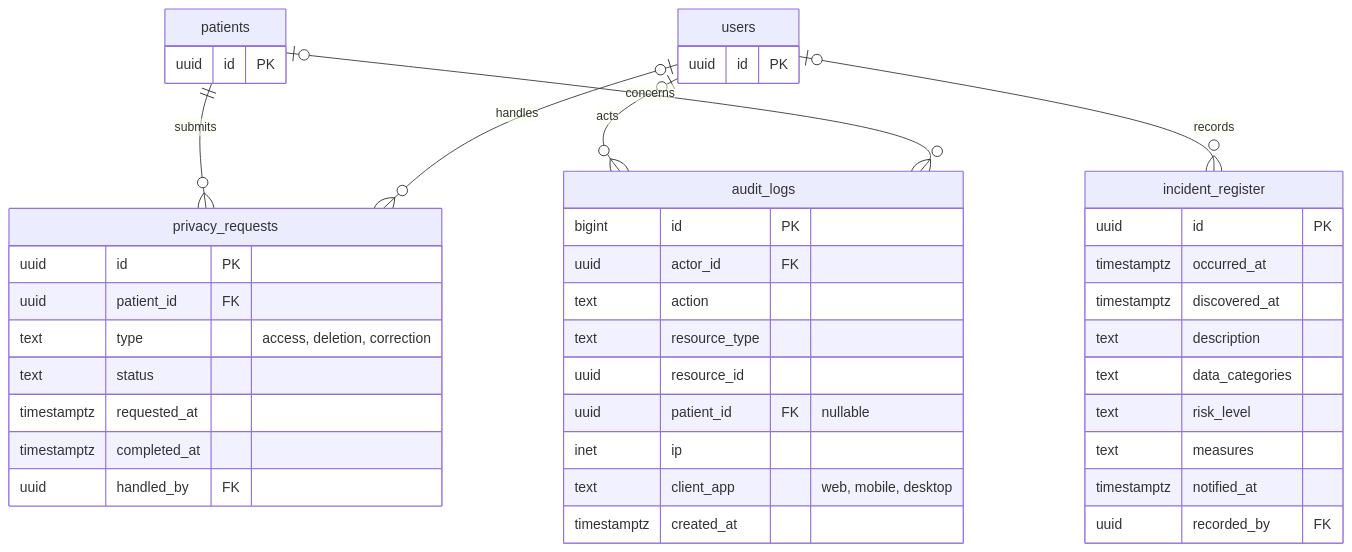
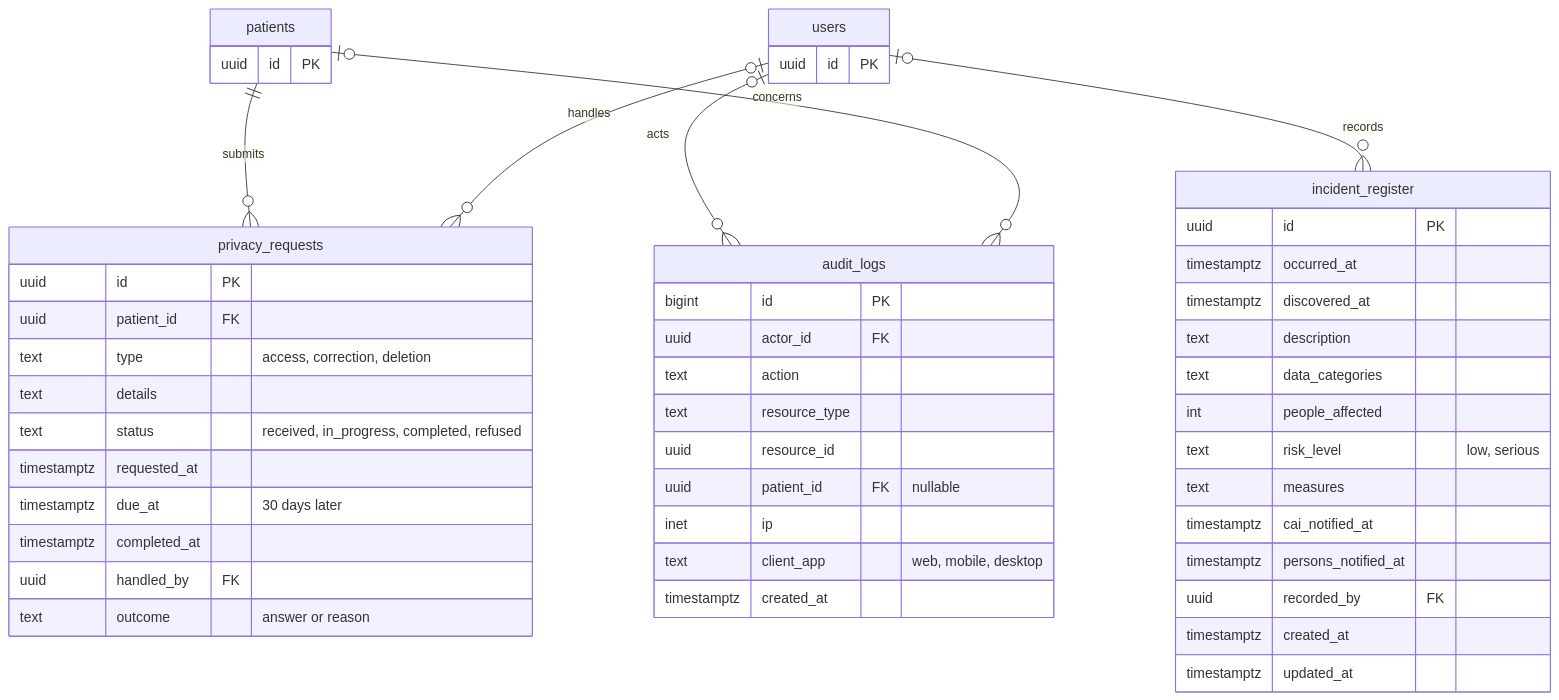
The sixth of 7 diagrams in docs/erd.md (kkprojects5/clinique-physio), drawn with Mermaid before and after one commit. The commit also changed other lines of this file and 26 other files, not shown here.

````diff
--- a/docs/erd.md
+++ b/docs/erd.md
@@ -327,45 +327,52 @@
 ```mermaid
 erDiagram
     patients ||--o{ privacy_requests : "submits"
     users |o--o{ privacy_requests : "handles"
     users |o--o{ incident_register : "records"
     users |o--o{ audit_logs : "acts"
     patients |o--o{ audit_logs : "concerns"
     privacy_requests {
         uuid id PK
         uuid patient_id FK
-        text type "access, deletion, correction"
-        text status
+        text type "access, correction, deletion"
+        text details
+        text status "received, in_progress, completed, refused"
         timestamptz requested_at
+        timestamptz due_at "30 days later"
         timestamptz completed_at
         uuid handled_by FK
+        text outcome "answer or reason"
     }
     incident_register {
         uuid id PK
         timestamptz occurred_at
         timestamptz discovered_at
         text description
         text data_categories
-        text risk_level
+        int people_affected
+        text risk_level "low, serious"
         text measures
-        timestamptz notified_at
+        timestamptz cai_notified_at
+        timestamptz persons_notified_at
         uuid recorded_by FK
+        timestamptz created_at
+        timestamptz updated_at
     }
     audit_logs {
         bigint id PK
         uuid actor_id FK
         text action
         text resource_type
         uuid resource_id
         uuid patient_id FK "nullable"
         inet ip
         text client_app "web, mobile, desktop"
         timestamptz created_at
     }
     users {
         uuid id PK
     }
     patients {
         uuid id PK
     }
 ```
````
